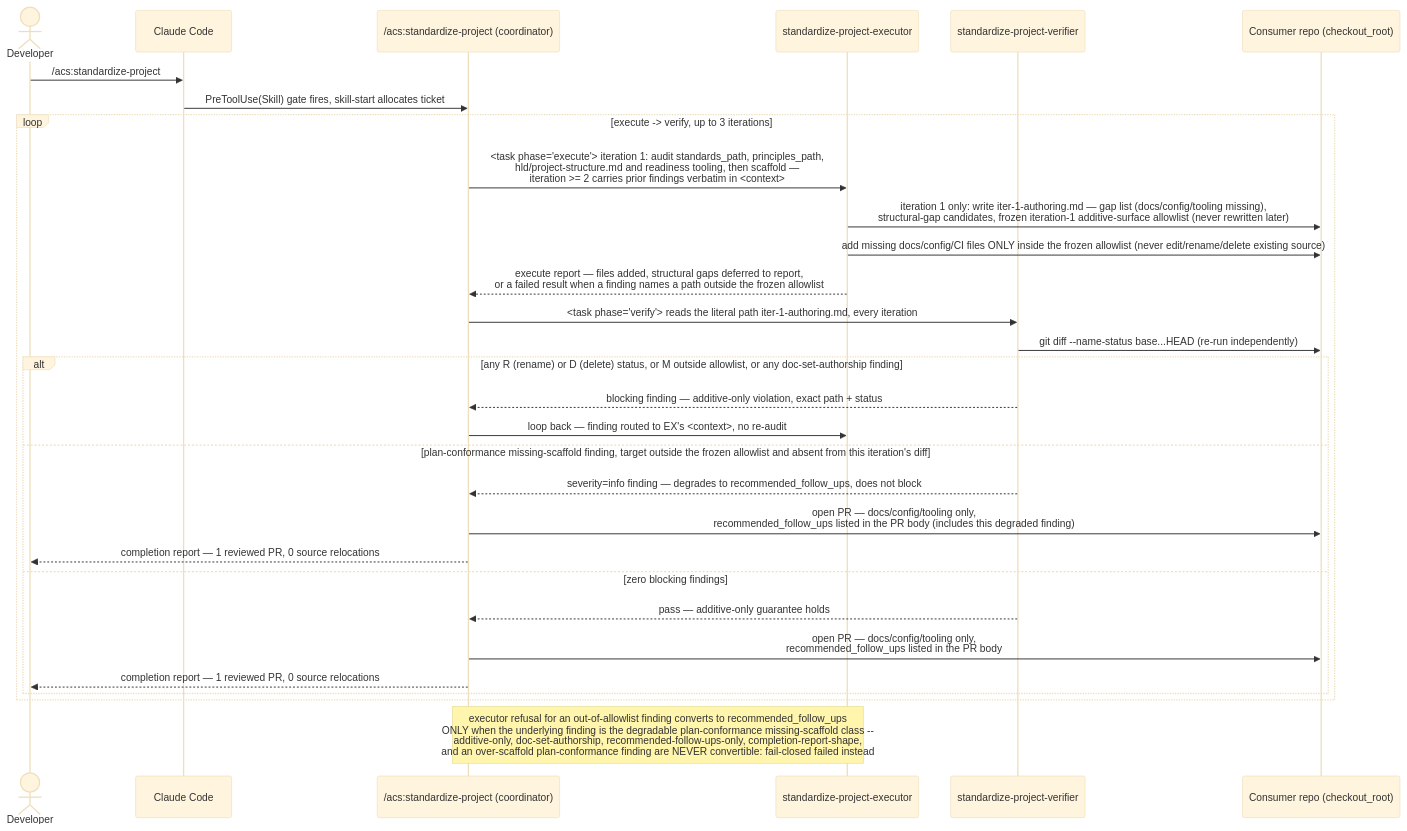
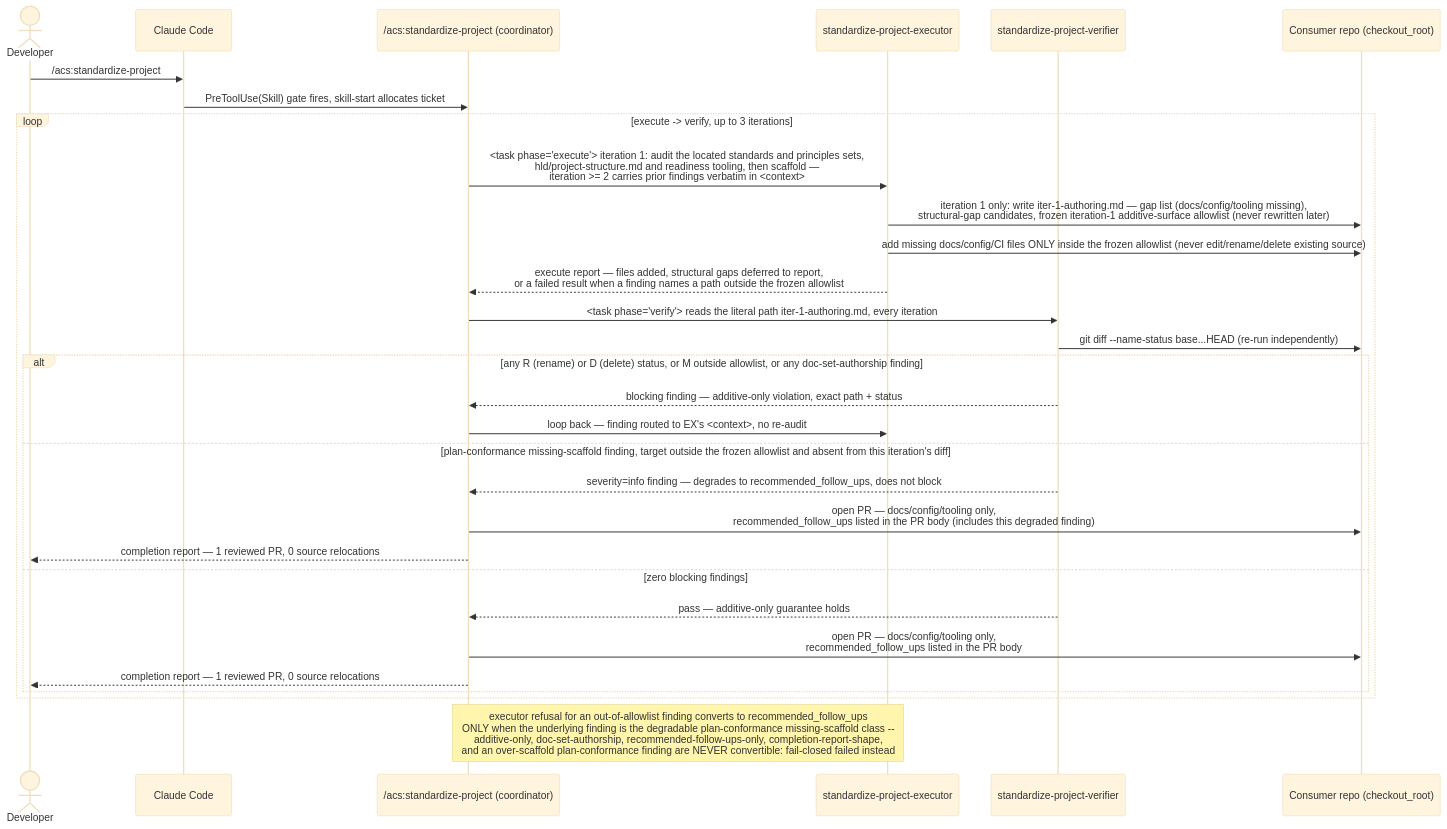
Before and after one commit to globalmindsolution/gms-marketplace: the diagram in docs/architecture/lld/flows/standardize-project.md, drawn with Mermaid (base theme). The commit also changed other lines of this file and 1036 other files, not shown here.

````diff
--- a/docs/architecture/lld/flows/standardize-project.md
+++ b/docs/architecture/lld/flows/standardize-project.md
@@ -11,35 +11,35 @@
 ```mermaid
 sequenceDiagram
     actor Dev as Developer
     participant CC as Claude Code
     participant SP as /acs:standardize-project (coordinator)
     participant EX as standardize-project-executor
     participant VF as standardize-project-verifier
     participant Repo as Consumer repo (checkout_root)
 
     Dev->>CC: /acs:standardize-project
     CC->>SP: PreToolUse(Skill) gate fires, skill-start allocates ticket
 
     loop execute -> verify, up to 3 iterations
-        SP->>EX: <task phase="execute"> iteration 1: audit standards_path, principles_path,<br/>hld/project-structure.md and readiness tooling, then scaffold —<br/>iteration >= 2 carries prior findings verbatim in <context>
+        SP->>EX: <task phase="execute"> iteration 1: audit the located standards and principles sets,<br/>hld/project-structure.md and readiness tooling, then scaffold —<br/>iteration >= 2 carries prior findings verbatim in <context>
         EX->>Repo: iteration 1 only: write iter-1-authoring.md — gap list (docs/config/tooling missing),<br/>structural-gap candidates, frozen iteration-1 additive-surface allowlist (never rewritten later)
         EX->>Repo: add missing docs/config/CI files ONLY inside the frozen allowlist (never edit/rename/delete existing source)
         EX-->>SP: execute report — files added, structural gaps deferred to report,<br/>or a failed result when a finding names a path outside the frozen allowlist
         SP->>VF: <task phase="verify"> reads the literal path iter-1-authoring.md, every iteration
         VF->>Repo: git diff --name-status base...HEAD (re-run independently)
         alt any R (rename) or D (delete) status, or M outside allowlist, or any doc-set-authorship finding
             VF-->>SP: blocking finding — additive-only violation, exact path + status
             SP->>EX: loop back — finding routed to EX's <context>, no re-audit
         else plan-conformance missing-scaffold finding, target outside the frozen allowlist and absent from this iteration's diff
             VF-->>SP: severity=info finding — degrades to recommended_follow_ups, does not block
             SP->>Repo: open PR — docs/config/tooling only,<br/>recommended_follow_ups listed in the PR body (includes this degraded finding)
             SP-->>Dev: completion report — 1 reviewed PR, 0 source relocations
         else zero blocking findings
             VF-->>SP: pass — additive-only guarantee holds
             SP->>Repo: open PR — docs/config/tooling only,<br/>recommended_follow_ups listed in the PR body
             SP-->>Dev: completion report — 1 reviewed PR, 0 source relocations
         end
     end
 
     Note over SP,EX: executor refusal for an out-of-allowlist finding converts to recommended_follow_ups<br/>ONLY when the underlying finding is the degradable plan-conformance missing-scaffold class --<br/>additive-only, doc-set-authorship, recommended-follow-ups-only, completion-report-shape,<br/>and an over-scaffold plan-conformance finding are NEVER convertible: fail-closed failed instead
 ```
````
